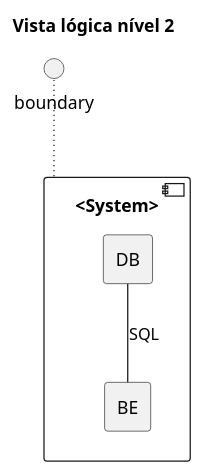
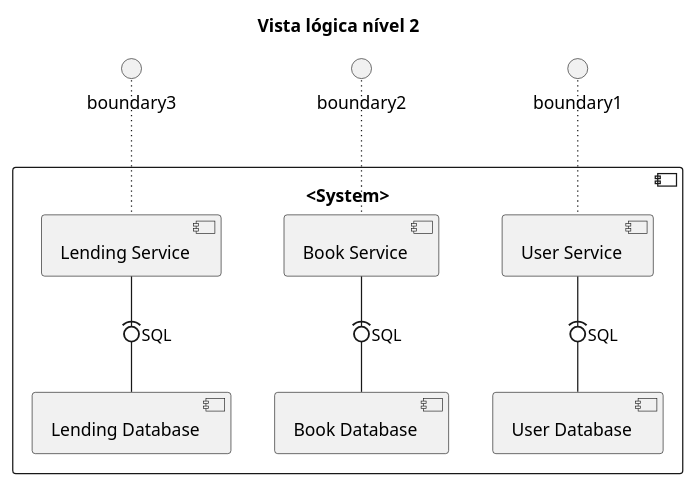
Before and after one commit to Guiigou/SIDIS_2024: the diagram in LibraryAPI/docs/Vista lógica/Nivel2.puml, drawn with PlantUML. The commit also changed 4 other files, not shown here.

```diff
--- a/LibraryAPI/docs/Vista lógica/Nivel2.puml
+++ b/LibraryAPI/docs/Vista lógica/Nivel2.puml
@@ -1,22 +1,26 @@
 @startuml
  'https://plantuml.com/class-diagram
 
  hide circle
  skinparam classAttributeIconSize 0
 
 title Vista lógica nível 2
 
 component "<System>" {
- rectangle BE {
- }
-
- rectangle DB {
-  }
+           [User Service]
+           [Book Service]
+           [Lending Service]
+           [User Database]
+           [Book Database]
+           [Lending Database]
 }
 
-BE -up- DB : SQL
 
-"<System>" ~up~ boundary
-
-
+'"<System>" ~up~ boundary
+[User Service] ~up~ boundary1
+[User Service] -down(0- [User Database] : SQL
+[Book Service] ~up~ boundary2
+[Book Service] -down(0- [Book Database] : SQL
+[Lending Service] ~up~ boundary3
+[Lending Service] -down(0- [Lending Database] : SQL
 @enduml
```
